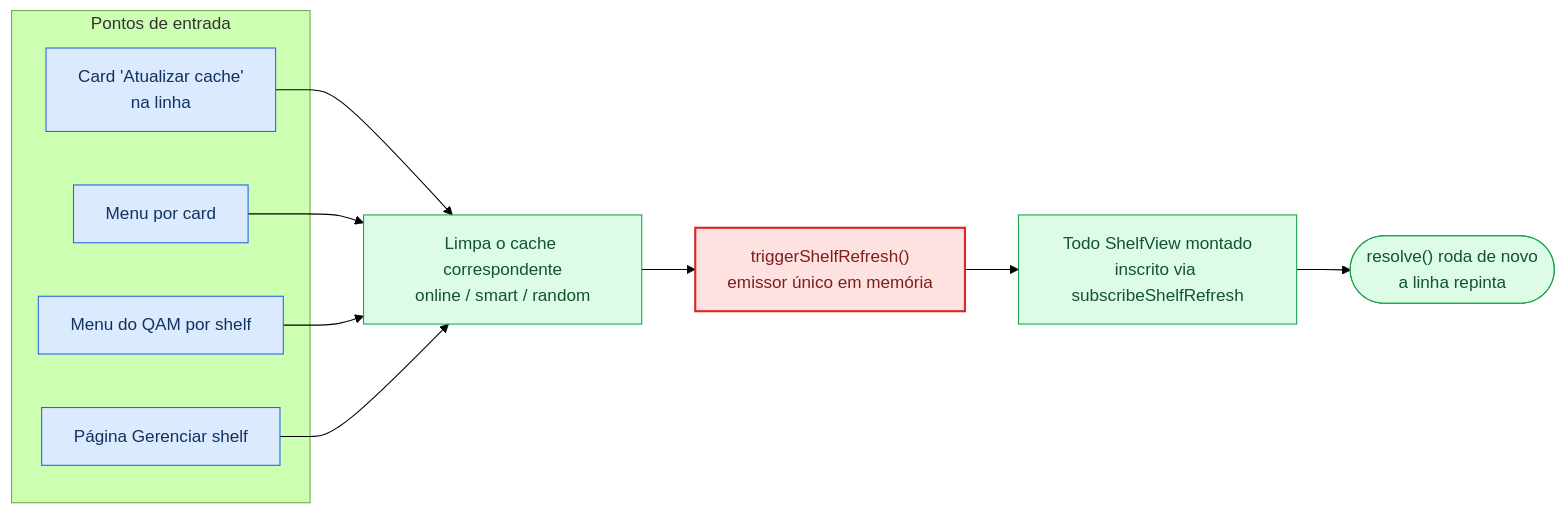
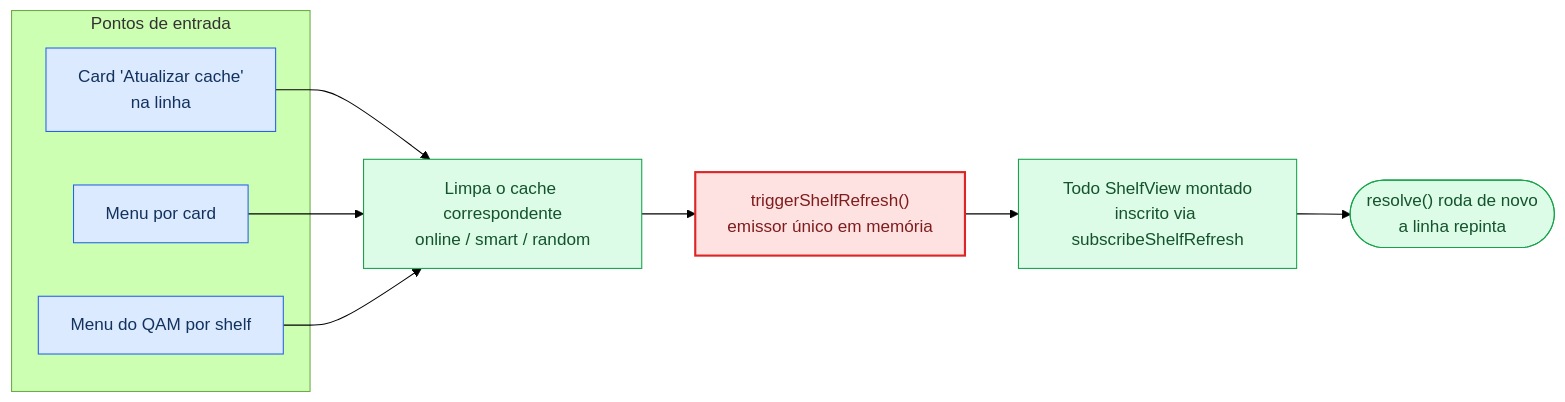
The diagram in docs/pt-BR/online-shelves.md (santojon/Deck-Shelves), drawn with Mermaid (forest theme) before and after one commit. The commit also changed other lines of this file and 701 other files, not shown here.

````diff
--- a/docs/pt-BR/online-shelves.md
+++ b/docs/pt-BR/online-shelves.md
@@ -104,30 +104,28 @@
 ```mermaid
 flowchart LR
     subgraph entry["Pontos de entrada"]
         card["Card 'Atualizar cache'<br/>na linha"]
         cardmenu["Menu por card"]
         qammenu["Menu do QAM por shelf"]
-        manage["Página Gerenciar shelf"]
     end
 
     clear["Limpa o cache correspondente<br/>online / smart / random"]
     emit["triggerShelfRefresh()<br/>emissor único em memória"]
     subs["Todo ShelfView montado<br/>inscrito via subscribeShelfRefresh"]
     repaint(["resolve() roda de novo<br/>a linha repinta"])
 
     card --> clear
     cardmenu --> clear
     qammenu --> clear
-    manage --> clear
     clear --> emit
     emit --> subs
     subs --> repaint
 
     classDef ui fill:#dbeafe,stroke:#2563eb,color:#12315e
     classDef step fill:#dcfce7,stroke:#16a34a,color:#14532d
     classDef hot fill:#fee2e2,stroke:#dc2626,stroke-width:2px,color:#7f1d1d
-    class card,cardmenu,qammenu,manage ui
+    class card,cardmenu,qammenu ui
     class clear,subs step
     class emit hot
     class repaint step
 ```
````
